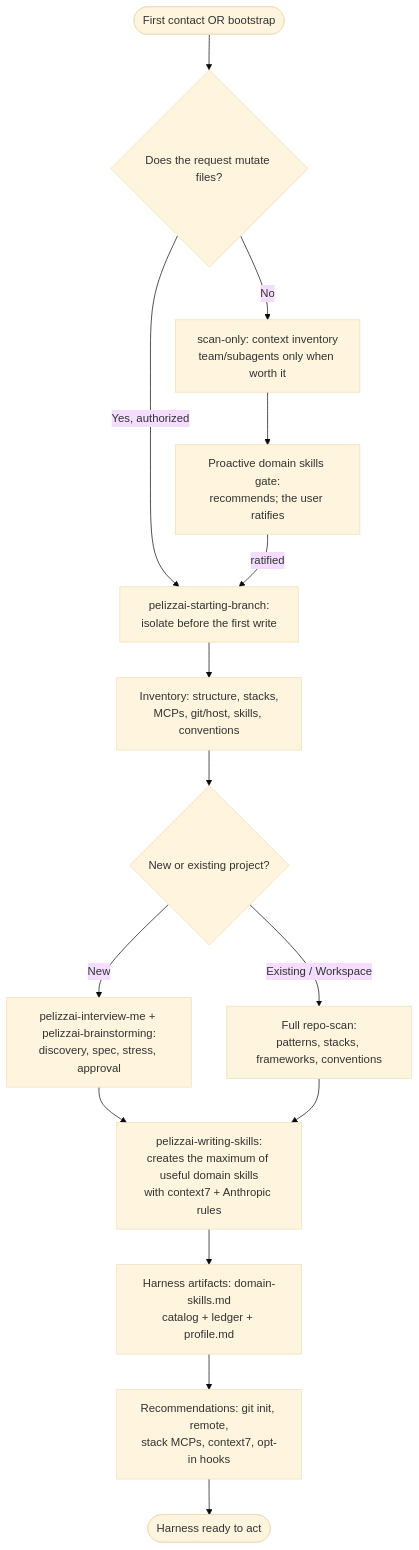
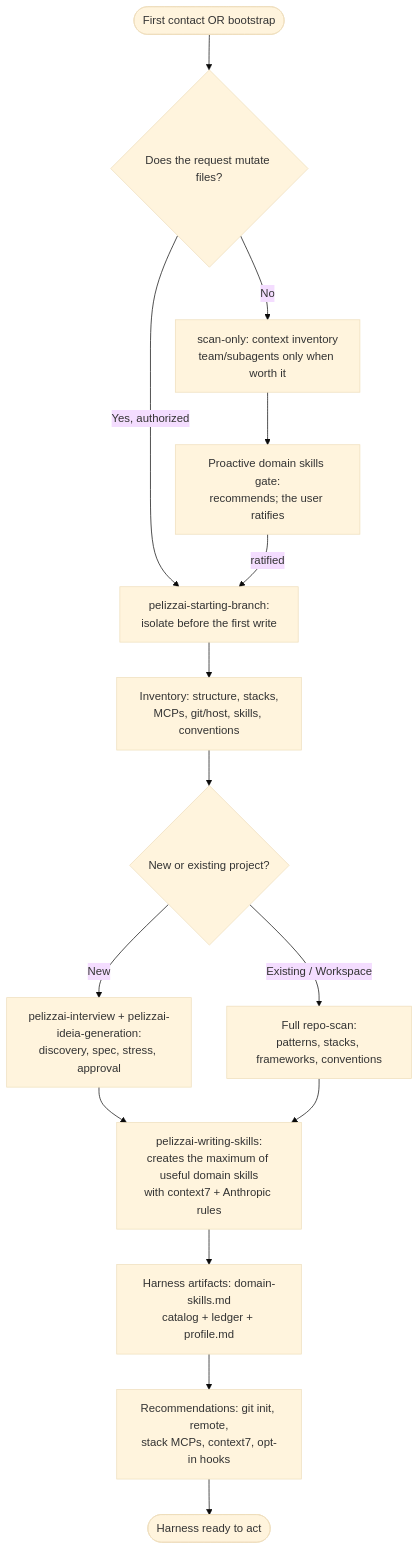
One commit to rpelizza/PelizzAI changed the diagram in .claude/skills/pelizzai-audit/SKILL.md. Above: the diagram before and after it, drawn with Mermaid (base theme). The commit also changed other lines of this file and 309 other files, not shown here.

````diff
--- a/.claude/skills/pelizzai-audit/SKILL.md
+++ b/.claude/skills/pelizzai-audit/SKILL.md
@@ -126,17 +126,17 @@
 ```mermaid
 flowchart TD
     Start([First contact OR bootstrap]) --> Mode{Does the request mutate files?}
     Mode -- No --> Scan[scan-only: context inventory\nteam/subagents only when worth it]
     Scan --> Gate[Proactive domain skills gate:\nrecommends; the user ratifies]
     Mode -- Yes, authorized --> Iso[pelizzai-starting-branch:\nisolate before the first write]
     Gate -- ratified --> Iso
     Iso --> Inv[Inventory: structure, stacks,\nMCPs, git/host, skills, conventions]
     Inv --> New{New or existing project?}
-    New -- New --> Bra[pelizzai-interview-me + pelizzai-brainstorming:\ndiscovery, spec, stress, approval]
+    New -- New --> Bra[pelizzai-interview + pelizzai-ideia-generation:\ndiscovery, spec, stress, approval]
     Bra --> Wri
     New -- Existing / Workspace --> Rep[Full repo-scan:\npatterns, stacks, frameworks, conventions]
     Rep --> Wri[pelizzai-writing-skills:\ncreates the maximum of useful domain skills\nwith context7 + Anthropic rules]
     Wri --> Doc[Harness artifacts: domain-skills.md\ncatalog + ledger + profile.md]
     Doc --> Rec[Recommendations: git init, remote,\nstack MCPs, context7, opt-in hooks]
     Rec --> End([Harness ready to act])
 ```
````
